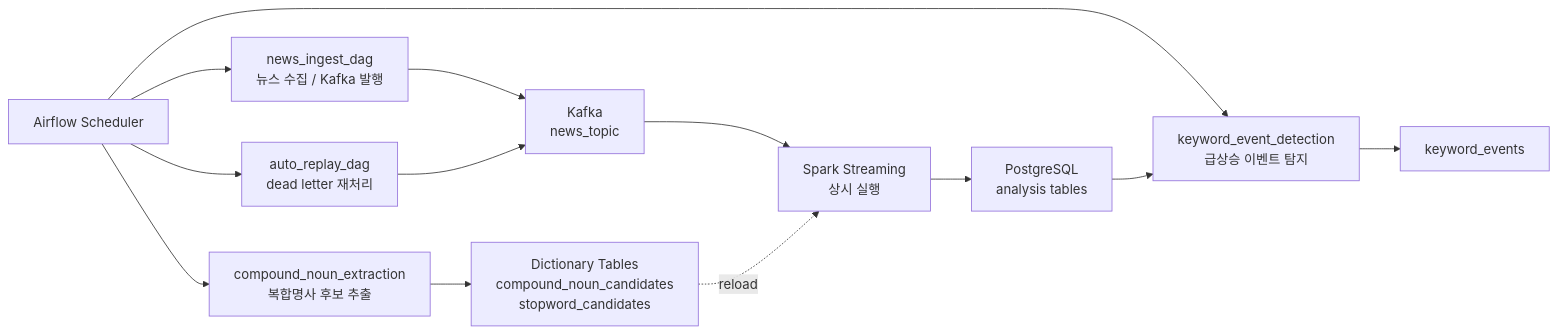
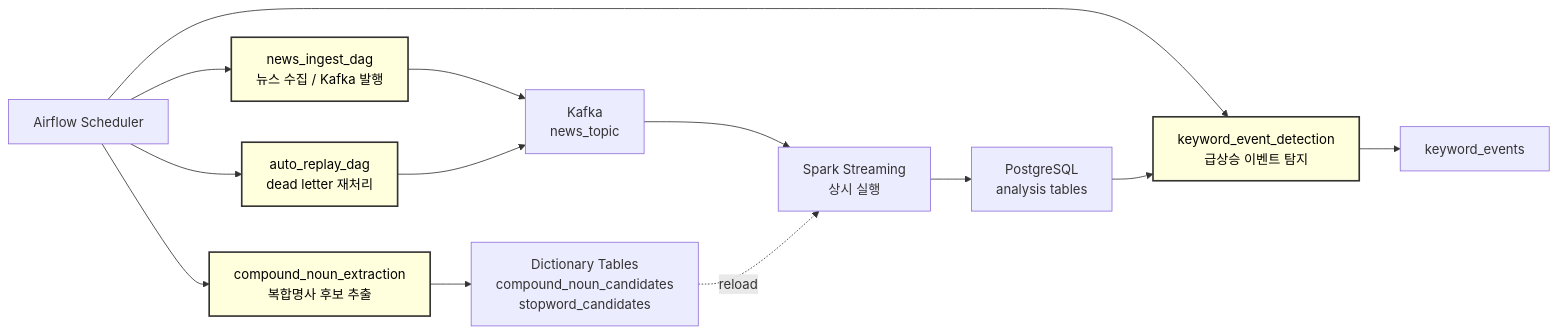
Before and after one commit to yeongmin-yu/news-trend-pipeline-dev: the first of 5 diagrams in docs/develop/Q3_AIRFLOW_DAG.md, drawn with Mermaid. The commit also changed other lines of this file and 7 other files, not shown here.

````diff
--- a/docs/develop/Q3_AIRFLOW_DAG.md
+++ b/docs/develop/Q3_AIRFLOW_DAG.md
@@ -23,19 +23,23 @@
 ```mermaid
 flowchart LR
     A["Airflow Scheduler"] --> B["news_ingest_dag<br/>뉴스 수집 / Kafka 발행"]
     A --> C["auto_replay_dag<br/>dead letter 재처리"]
     A --> D["compound_noun_extraction<br/>복합명사 후보 추출"]
     A --> E["keyword_event_detection<br/>급상승 이벤트 탐지"]
 
     B --> K["Kafka<br/>news_topic"]
     C --> K
 
     K --> S["Spark Streaming<br/>상시 실행"]
     S --> DB["PostgreSQL<br/>analysis tables"]
 
     D --> DICT["Dictionary Tables<br/>compound_noun_candidates<br/>stopword_candidates"]
     DICT -. reload .-> S
 
     DB --> E
     E --> EV["keyword_events"]
+    style B fill:#ffffde,stroke:#333,stroke-width:2px,color:black
+    style C fill:#ffffde,stroke:#333,stroke-width:2px,color:black
+    style D fill:#ffffde,stroke:#333,stroke-width:2px,color:black
+    style E fill:#ffffde,stroke:#333,stroke-width:2px,color:black
 ```
````
